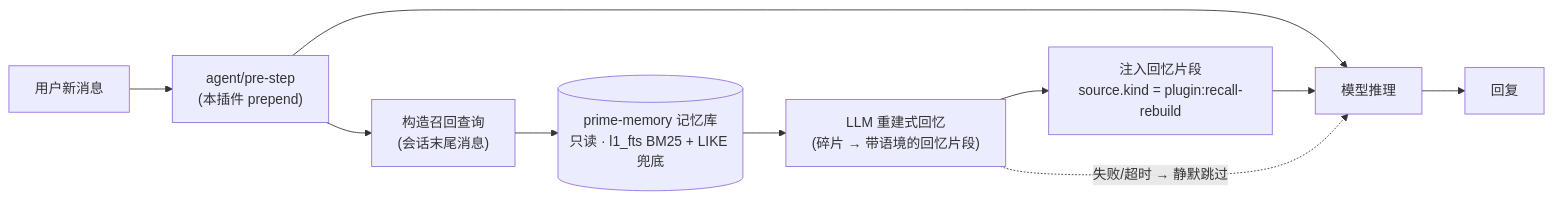
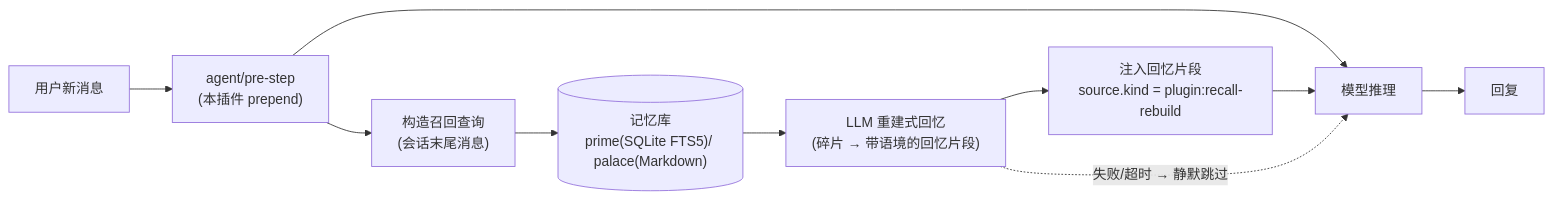
One commit to linkpain/dsh-recall-rebuild changed the diagram in README.md. Above: the diagram before and after it, drawn with Mermaid. The commit also changed other lines of this file, not shown here.

Commit message:
docs: README 同步 v0.1.1 —— 多记忆源适配、前置条件加 memory-palace、Roadmap 更新

````diff
--- a/README.md
+++ b/README.md
@@ -75,12 +76,12 @@
 ```mermaid
 flowchart LR
     U["用户新消息"] --> P["agent/pre-step<br/>(本插件 prepend)"]
     P --> Q["构造召回查询<br/>(会话末尾消息)"]
-    Q --> S[("prime-memory 记忆库<br/>只读 · l1_fts BM25 + LIKE 兜底")]
+    Q --> S[("记忆库<br/>prime(SQLite FTS5)/ palace(Markdown)")]
     S --> R["LLM 重建式回忆<br/>(碎片 → 带语境的回忆片段)"]
     R --> I["注入回忆片段<br/>source.kind = plugin:recall-rebuild"]
     P --> M["模型推理"]
     I --> M
     M --> A["回复"]
     R -. "失败/超时 → 静默跳过" .-> M
 ```
````
